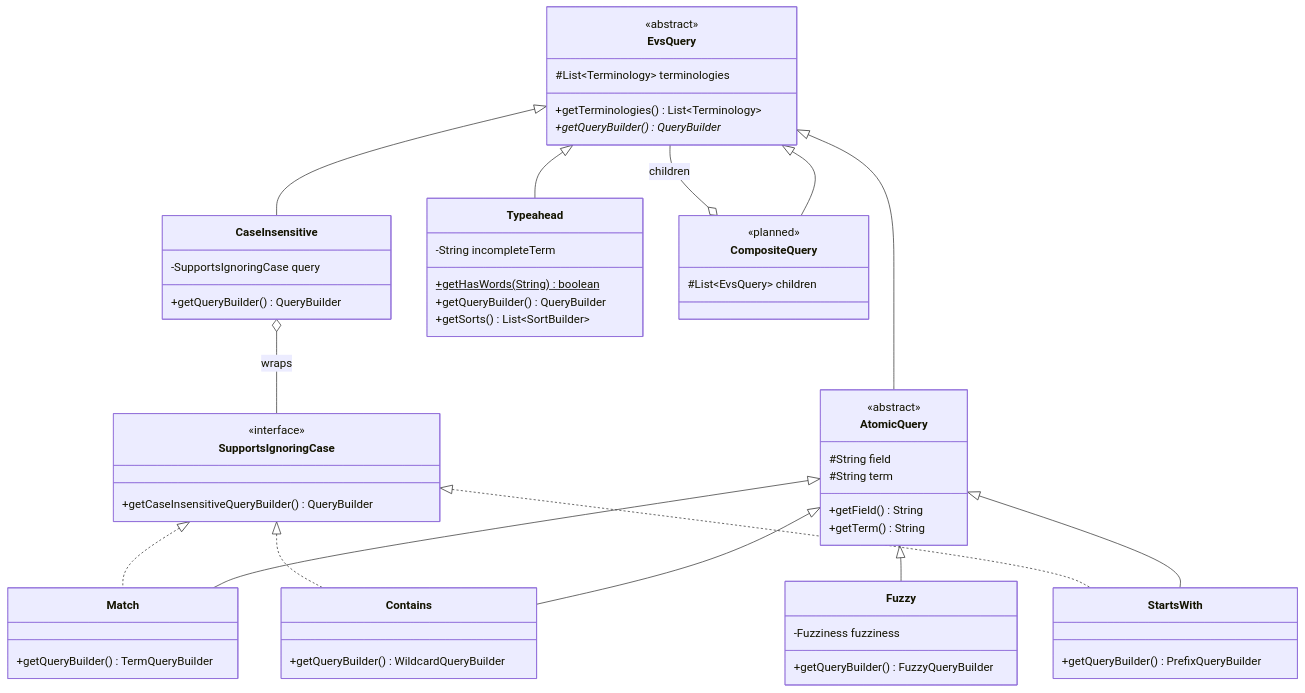
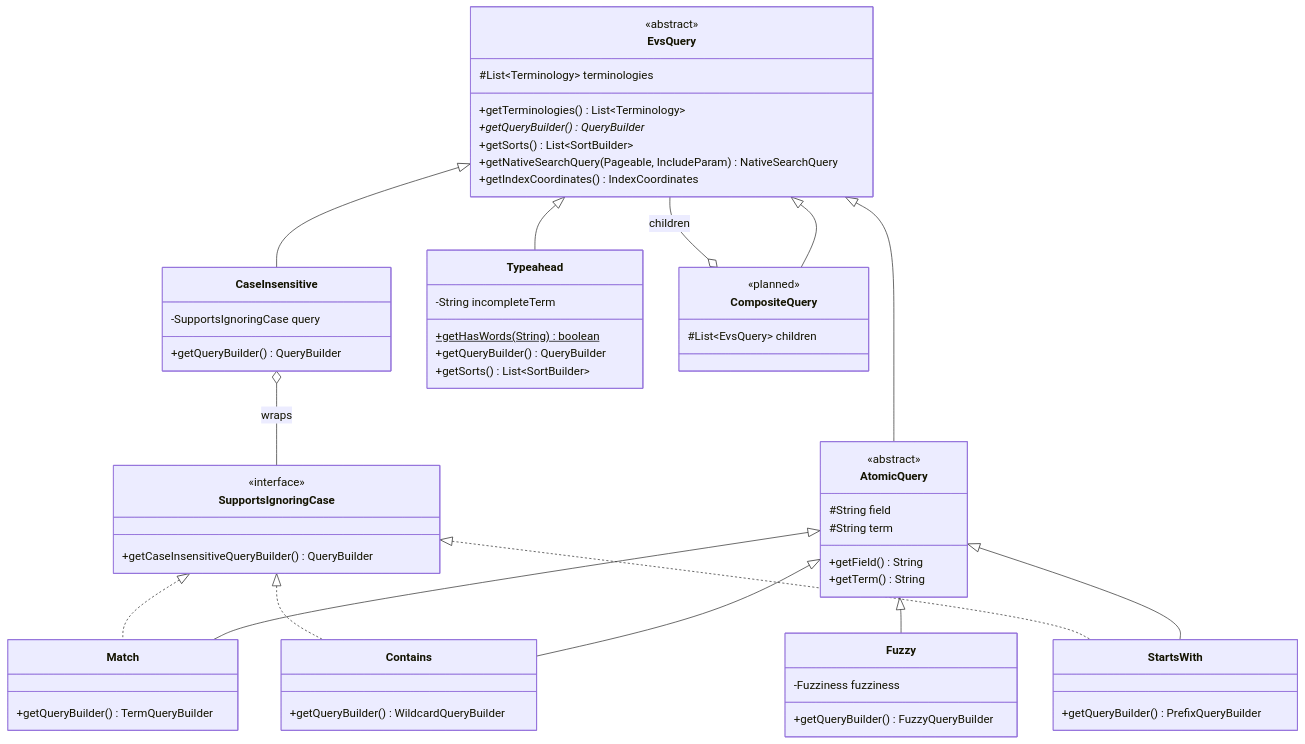
Before and after one commit to WestCoastInformatics/evsrestapi: the diagram in src/main/java/gov/nih/nci/evs/api/query/README.md, drawn with Mermaid. The commit also changed other lines of this file and 3 other files, not shown here.

First line of the commit message:
Experiment: let query nodes contribute composable sorts

````diff
--- a/src/main/java/gov/nih/nci/evs/api/query/README.md
+++ b/src/main/java/gov/nih/nci/evs/api/query/README.md
@@ -20,69 +20,72 @@
 ```mermaid
 classDiagram
     direction TB
 
     class EvsQuery {
         <<abstract>>
         #List~Terminology~ terminologies
         +getTerminologies() List~Terminology~
         +getQueryBuilder()* QueryBuilder
+        +getSorts() List~SortBuilder~
+        +getNativeSearchQuery(Pageable, IncludeParam) NativeSearchQuery
+        +getIndexCoordinates() IndexCoordinates
     }
 
     class AtomicQuery {
         <<abstract>>
         #String field
         #String term
         +getField() String
         +getTerm() String
     }
 
     class SupportsIgnoringCase {
         <<interface>>
         +getCaseInsensitiveQueryBuilder() QueryBuilder
     }
 
     class CaseInsensitive {
         -SupportsIgnoringCase query
         +getQueryBuilder() QueryBuilder
     }
 
     class Match {
         +getQueryBuilder() TermQueryBuilder
     }
     class Contains {
         +getQueryBuilder() WildcardQueryBuilder
     }
     class StartsWith {
         +getQueryBuilder() PrefixQueryBuilder
     }
     class Fuzzy {
         -Fuzziness fuzziness
         +getQueryBuilder() FuzzyQueryBuilder
     }
 
     class Typeahead {
         -String incompleteTerm
         +getHasWords(String)$ boolean
         +getQueryBuilder() QueryBuilder
         +getSorts() List~SortBuilder~
     }
 
     class CompositeQuery {
         <<planned>>
         #List~EvsQuery~ children
     }
 
     EvsQuery <|-- AtomicQuery
     EvsQuery <|-- CompositeQuery
     EvsQuery <|-- CaseInsensitive
     EvsQuery <|-- Typeahead
     AtomicQuery <|-- Match
     AtomicQuery <|-- Contains
     AtomicQuery <|-- StartsWith
     AtomicQuery <|-- Fuzzy
     SupportsIgnoringCase <|.. Match
     SupportsIgnoringCase <|.. Contains
     SupportsIgnoringCase <|.. StartsWith
     CompositeQuery o-- EvsQuery : children
     CaseInsensitive o-- SupportsIgnoringCase : wraps
 ```
````
